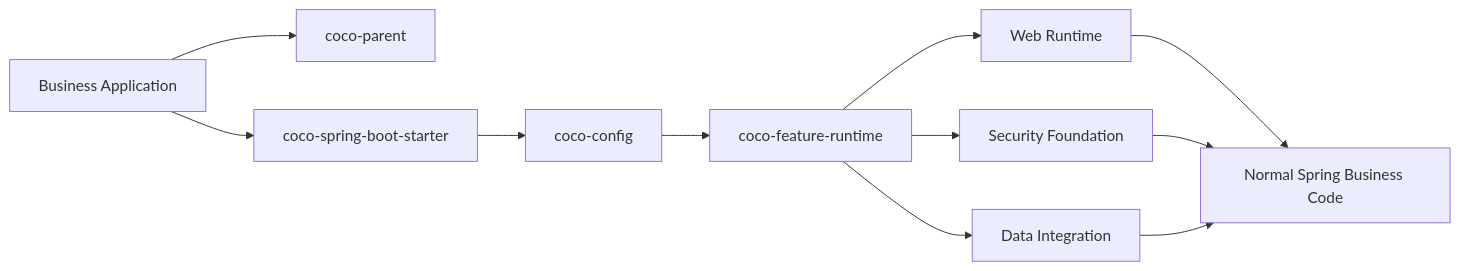
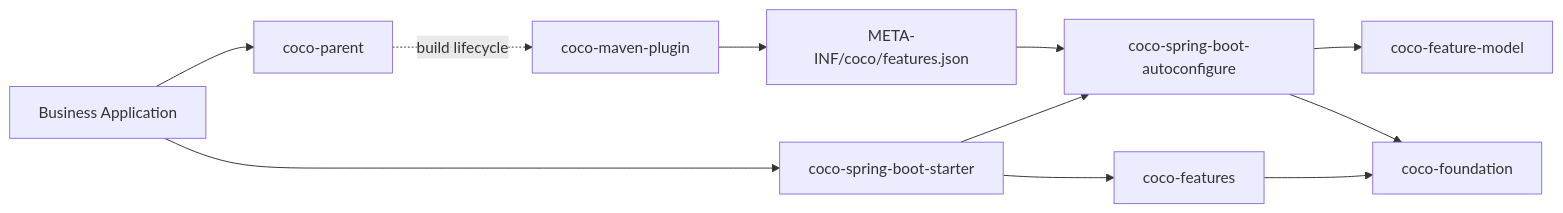
The diagram in README.md (patton174/coco-framework), drawn with Mermaid before and after one commit. The commit also changed other lines of this file and 1148 other files, not shown here.

````diff
--- a/README.md
+++ b/README.md
@@ -341,13 +336,13 @@
 ```mermaid
 flowchart LR
     app["Business Application"] --> parent["coco-parent"]
     app --> starter["coco-spring-boot-starter"]
-    starter --> config["coco-config"]
-    config --> runtime["coco-feature-runtime"]
-    runtime --> web["Web Runtime"]
-    runtime --> security["Security Foundation"]
-    runtime --> data["Data Integration"]
-    web --> business["Normal Spring Business Code"]
-    security --> business
-    data --> business
+    parent -. "build lifecycle" .-> plugin["coco-maven-plugin"]
+    plugin --> manifest["META-INF/coco/features.json"]
+    starter --> autoconfigure["coco-spring-boot-autoconfigure"]
+    starter --> features["coco-features"]
+    autoconfigure --> model["coco-feature-model"]
+    manifest --> autoconfigure
+    autoconfigure --> foundation["coco-foundation"]
+    features --> foundation
 ```
````
